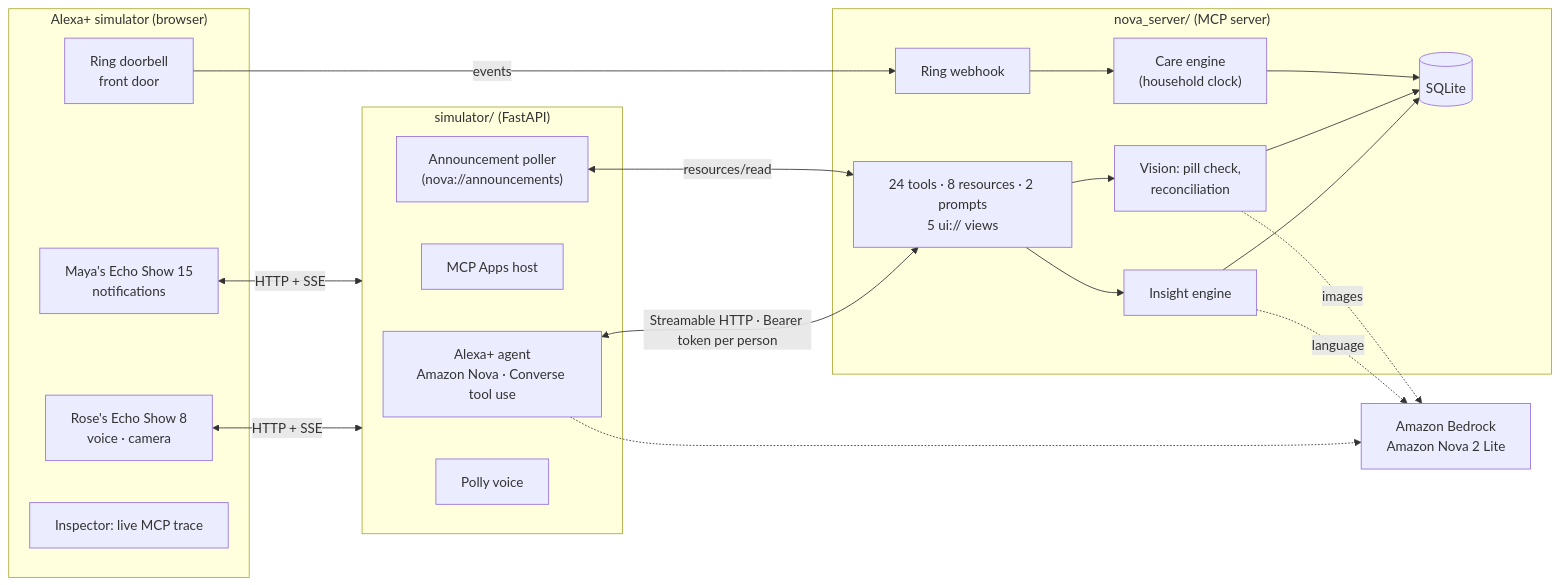
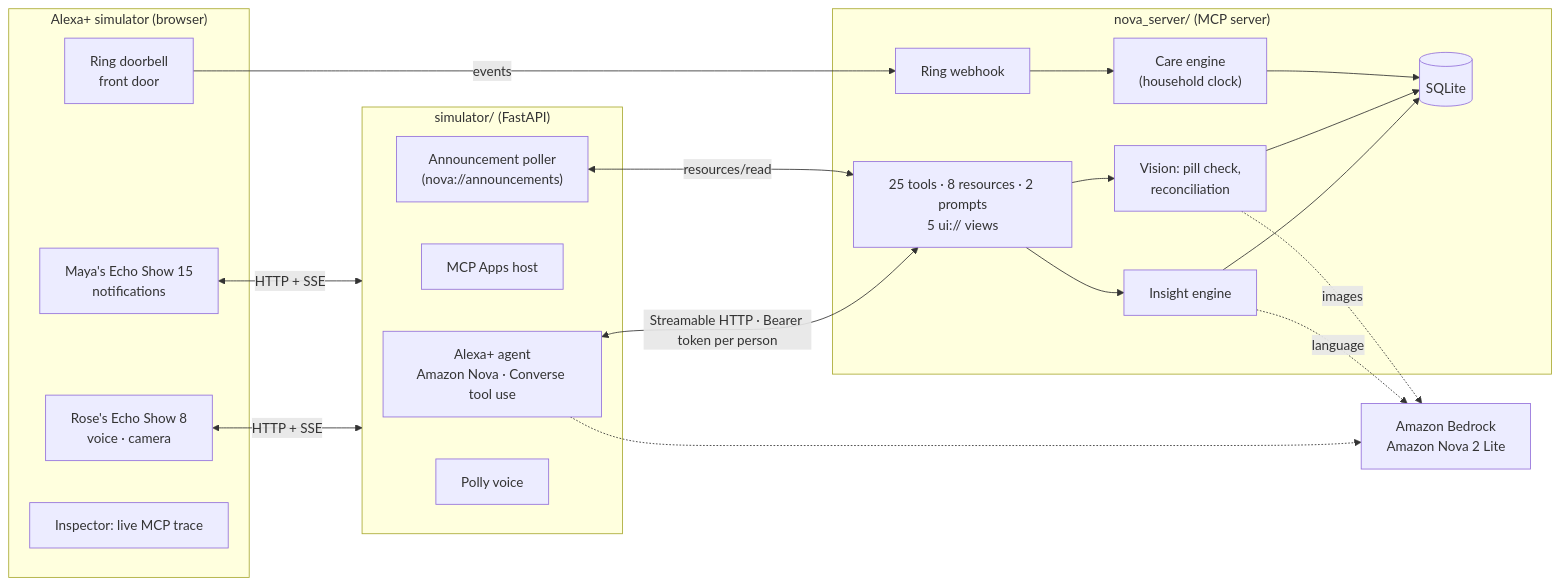
The diagram in README.md (Dakshhhhh-ops/nova), drawn with Mermaid before and after one commit. The commit also changed other lines of this file and 9 other files, not shown here.

````diff
--- a/README.md
+++ b/README.md
@@ -86,33 +86,33 @@
 ```mermaid
 flowchart LR
   subgraph Browser["Alexa+ simulator (browser)"]
     R["Rose's Echo Show 8<br/>voice · camera"]
     D["Ring doorbell<br/>front door"]
     M["Maya's Echo Show 15<br/>notifications"]
     I["Inspector: live MCP trace"]
   end
   subgraph Sim["simulator/ (FastAPI)"]
     A["Alexa+ agent<br/>Amazon Nova · Converse tool use"]
     H["MCP Apps host"]
     P["Announcement poller<br/>(nova://announcements)"]
     V["Polly voice"]
   end
   subgraph Nova["nova_server/ (MCP server)"]
-    T["24 tools · 8 resources · 2 prompts<br/>5 ui:// views"]
+    T["25 tools · 8 resources · 2 prompts<br/>5 ui:// views"]
     E["Care engine<br/>(household clock)"]
     X["Insight engine"]
     S["Vision: pill check,<br/>reconciliation"]
     W["Ring webhook"]
     DB[("SQLite")]
   end
   R & M <-->|HTTP + SSE| Sim
   D -->|events| W
   A <-->|"Streamable HTTP · Bearer token per person"| T
   P <-->|resources/read| T
   T --> X & S --> DB
   E --> DB
   W --> E
   X -.->|language| BR["Amazon Bedrock<br/>Amazon Nova 2 Lite"]
   S -.->|images| BR
   A -.-> BR
 ```
````
